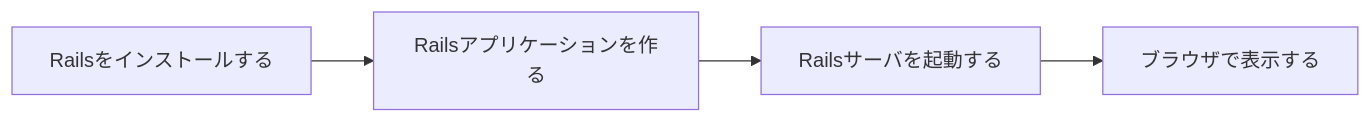
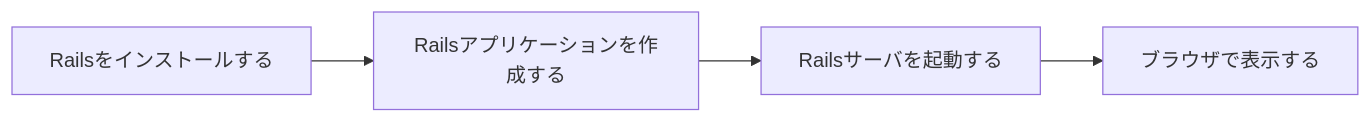
The first of 6 diagrams in 11/orientation.md (TORIFUKUKaiou/rails-dojo-year1-content), drawn with Mermaid before and after one commit. The commit also changed other lines of this file, not shown here.

````diff
--- a/11/orientation.md
+++ b/11/orientation.md
@@ -9,6 +9,6 @@
 ```mermaid
 flowchart LR
-    A[Railsをインストールする] --> B[Railsアプリケーションを作る]
+    A[Railsをインストールする] --> B[Railsアプリケーションを作成する]
     B --> C[Railsサーバを起動する]
     C --> D[ブラウザで表示する]
 ```
````
